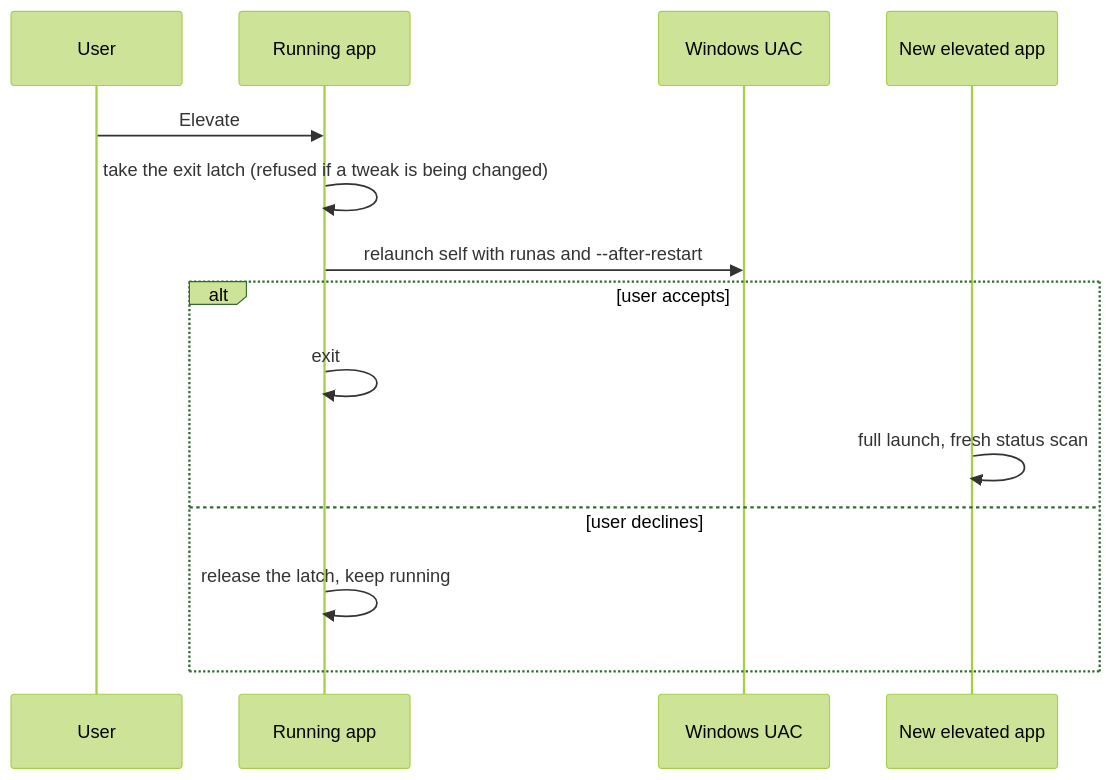
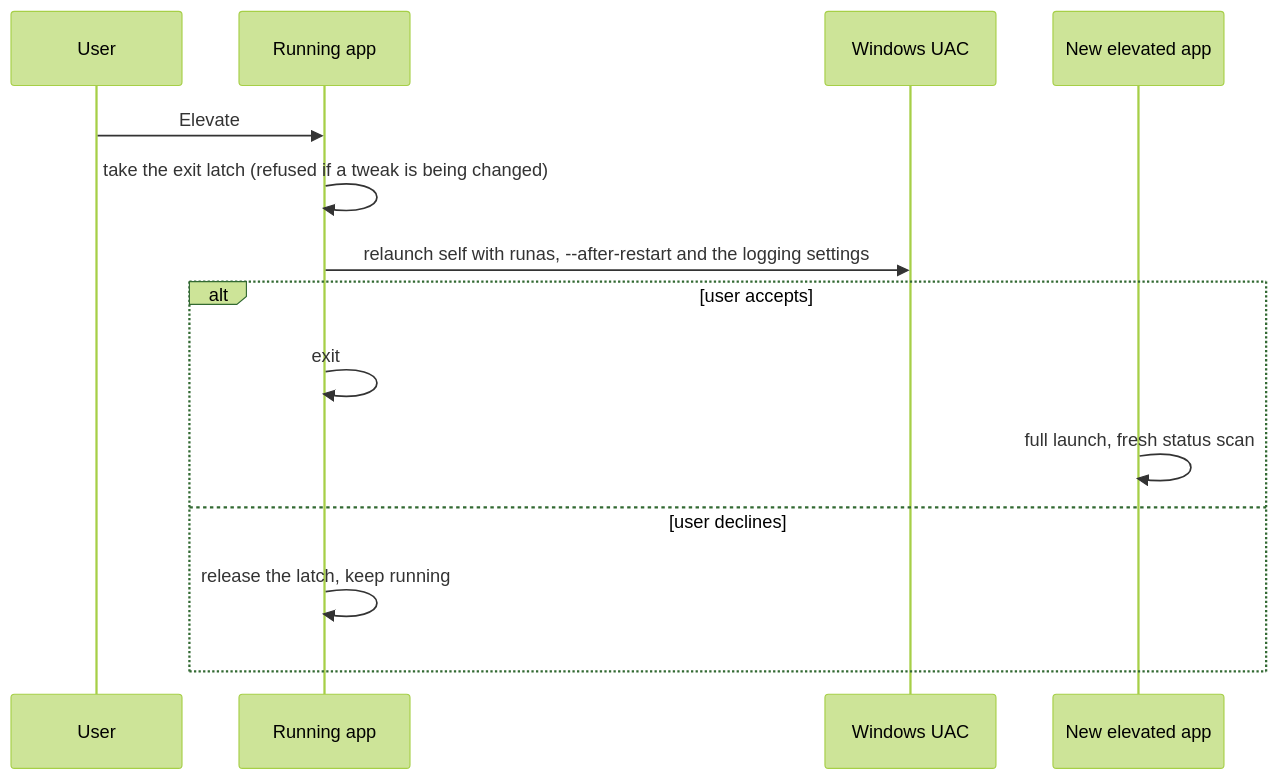
The first of 2 diagrams in docs/architecture/tweak/elevation.md (ehsan18t/magicx-toolbox-gui), drawn with Mermaid (forest theme) before and after one commit. The commit also changed other lines of this file and 65 other files, not shown here.

````diff
--- a/docs/architecture/tweak/elevation.md
+++ b/docs/architecture/tweak/elevation.md
@@ -28,16 +28,16 @@
 ```mermaid
 sequenceDiagram
   participant U as User
   participant App as Running app
   participant UAC as Windows UAC
   participant New as New elevated app
   U->>App: Elevate
   App->>App: take the exit latch (refused if a tweak is being changed)
-  App->>UAC: relaunch self with runas and --after-restart
+  App->>UAC: relaunch self with runas, --after-restart and the logging settings
   alt user accepts
     App->>App: exit
     New->>New: full launch, fresh status scan
   else user declines
     App->>App: release the latch, keep running
   end
 ```
````
